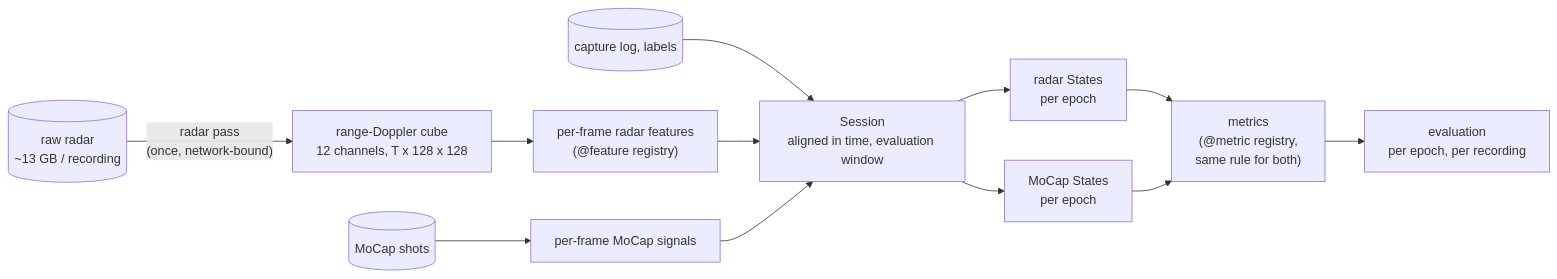
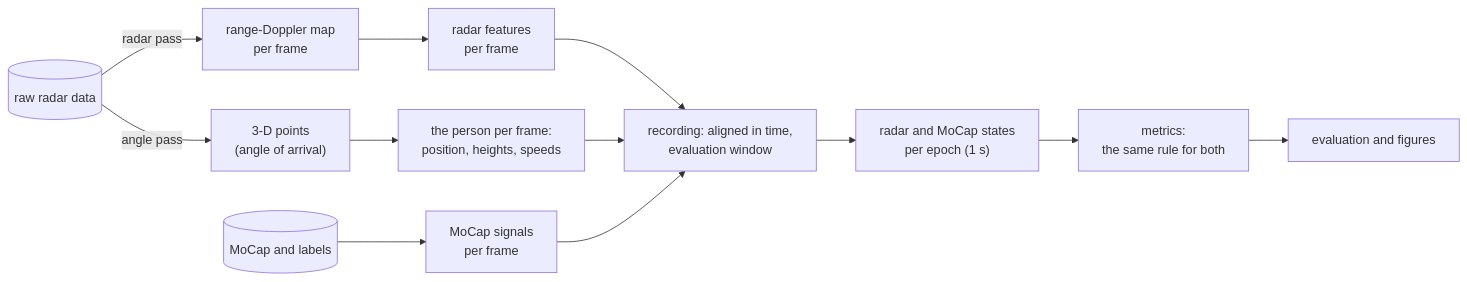
The diagram in README.md (itsXuanFeng/mobilityIndex), drawn with Mermaid before and after one commit. The commit also changed other lines of this file and 50 other files, not shown here.

````diff
--- a/README.md
+++ b/README.md
@@ -17,14 +36,14 @@
 ```mermaid
 flowchart LR
-    RAW[("raw radar<br/>~13 GB / recording")] -->|"radar pass<br/>(once, network-bound)"| CUBE["range-Doppler cube<br/>12 channels, T x 128 x 128"]
-    CUBE --> FEAT["per-frame radar features<br/>(@feature registry)"]
-    MOCAP[("MoCap shots")] --> GT["per-frame MoCap signals"]
-    LOG[("capture log, labels")] --> SES
-    FEAT --> SES["Session<br/>aligned in time, evaluation window"]
+    RAW[("raw radar data")] -->|"radar pass"| CUBE["range-Doppler map<br/>per frame"]
+    RAW -->|"angle pass"| PTS["3-D points<br/>(angle of arrival)"]
+    CUBE --> FEAT["radar features<br/>per frame"]
+    PTS --> PERS["the person per frame:<br/>position, heights, speeds"]
+    MOCAP[("MoCap and labels")] --> GT["MoCap signals<br/>per frame"]
+    FEAT --> SES["recording: aligned in time,<br/>evaluation window"]
+    PERS --> SES
     GT --> SES
-    SES --> RS["radar States<br/>per epoch"]
-    SES --> MS["MoCap States<br/>per epoch"]
-    RS --> MET["metrics<br/>(@metric registry,<br/>same rule for both)"]
-    MS --> MET
-    MET --> EVAL["evaluation<br/>per epoch, per recording"]
+    SES --> ST["radar and MoCap states<br/>per epoch (1 s)"]
+    ST --> MET["metrics:<br/>the same rule for both"]
+    MET --> EVAL["evaluation and figures"]
 ```
````
